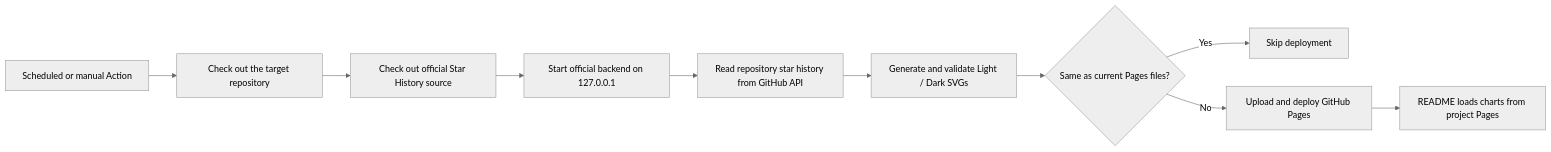
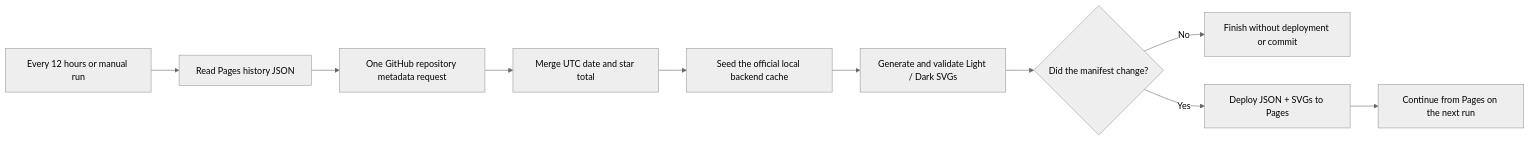
One commit to MDX-Tom/star-history-skill changed the diagram in README_EN.md. Above: the diagram before and after it, drawn with Mermaid (neutral theme). The commit also changed other lines of this file and 11 other files, not shown here.

Commit message:
feat: persist Star History state on Pages

````diff
--- a/README_EN.md
+++ b/README_EN.md
@@ -185,12 +168,12 @@
 ```mermaid
 flowchart LR
-    A["Scheduled or manual Action"] --> B["Check out the target repository"]
-    B --> C["Check out official Star History source"]
-    C --> D["Start official backend on 127.0.0.1"]
-    D --> E["Read repository star history from GitHub API"]
+    A["Every 12 hours or manual run"] --> B["Read Pages history JSON"]
+    B --> C["One GitHub repository metadata request"]
+    C --> D["Merge UTC date and star total"]
+    D --> E["Seed the official local backend cache"]
     E --> F["Generate and validate Light / Dark SVGs"]
-    F --> G{"Same as current Pages files?"}
-    G -->|Yes| H["Skip deployment"]
-    G -->|No| I["Upload and deploy GitHub Pages"]
-    I --> J["README loads charts from project Pages"]
+    F --> G{"Did the manifest change?"}
+    G -->|No| H["Finish without deployment or commit"]
+    G -->|Yes| I["Deploy JSON + SVGs to Pages"]
+    I --> J["Continue from Pages on the next run"]
 ```
````
